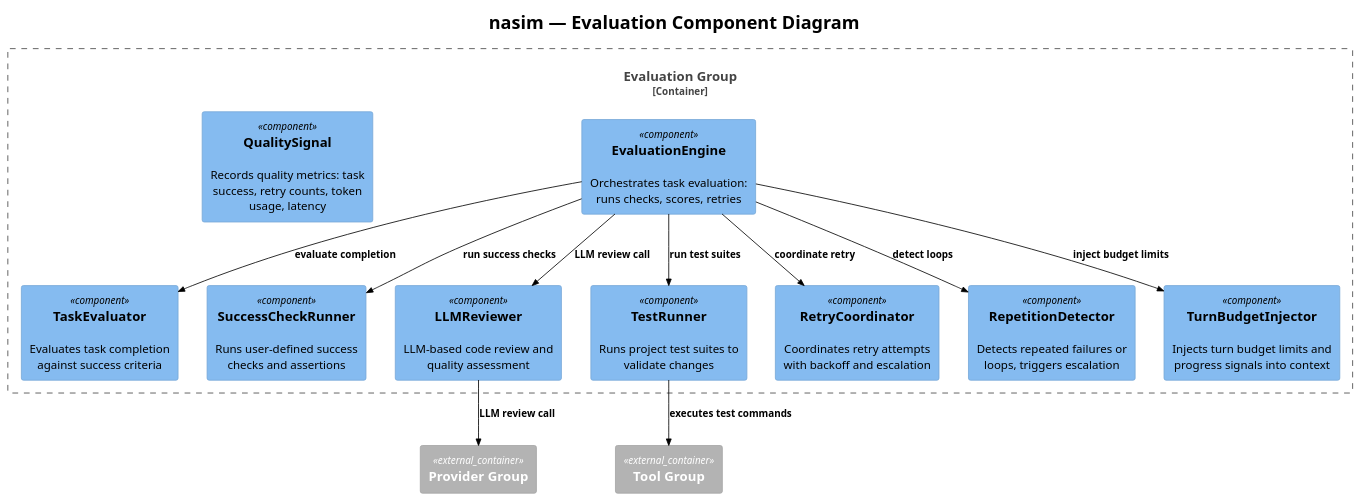
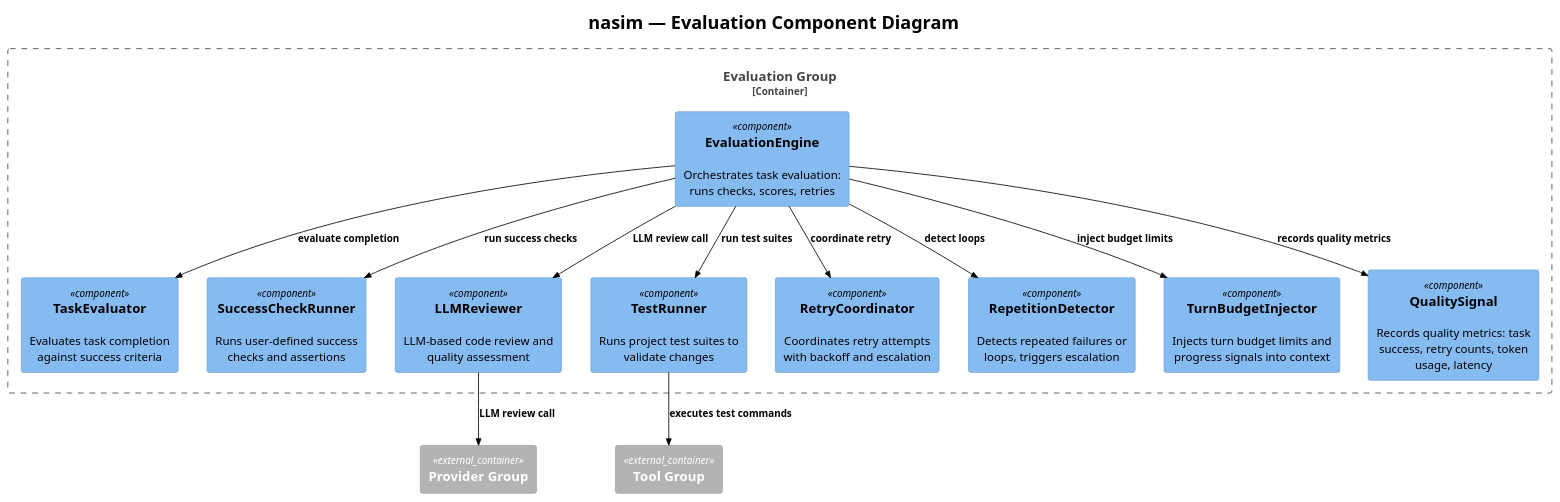
One commit to salimnamvar/nasim changed the diagram in docs/C4/c4_nasim_component_evaluation.puml. Above: the diagram before and after it, drawn with PlantUML. The commit also changed 4 other files, not shown here.

Commit message:
docs: Enhance component diagrams with additional relationships and metrics tracking

```diff
--- a/docs/C4/c4_nasim_component_evaluation.puml
+++ b/docs/C4/c4_nasim_component_evaluation.puml
@@ -1,43 +1,44 @@
 @startuml c4_nasim_component_evaluation
 !include https://raw.githubusercontent.com/plantuml-stdlib/C4-PlantUML/v2.10.0/C4_Component.puml
 !theme plain
 
 
 ' ============================================================
 ' Title:     nasim — Evaluation Component Diagram
 ' Boundary:  nasim core library — Evaluation group
 ' Purpose:   Task evaluation: success checks, LLM review, testing, retry coordination
 ' Milestone: v1.0
 ' Version:   6.0.0
 ' Source:    docs/audit/audit.2026.06.20.deep.domain.audit.md
 ' Review:    —
 ' ============================================================
 
 title nasim — Evaluation Component Diagram
 
 Container_Boundary(evaluation_boundary, "Evaluation Group") {
     Component(eval_engine, "EvaluationEngine", "", "Orchestrates task evaluation: runs checks, scores, retries")
     Component(task_evaluator, "TaskEvaluator", "", "Evaluates task completion against success criteria")
     Component(success_check_runner, "SuccessCheckRunner", "", "Runs user-defined success checks and assertions")
     Component(llm_reviewer, "LLMReviewer", "", "LLM-based code review and quality assessment")
     Component(test_runner, "TestRunner", "", "Runs project test suites to validate changes")
     Component(retry_coordinator, "RetryCoordinator", "", "Coordinates retry attempts with backoff and escalation")
     Component(repetition_detector, "RepetitionDetector", "", "Detects repeated failures or loops, triggers escalation")
     Component(turn_budget_injector, "TurnBudgetInjector", "", "Injects turn budget limits and progress signals into context")
     Component(quality_signal, "QualitySignal", "", "Records quality metrics: task success, retry counts, token usage, latency")
 }
 
 Container_Ext(provider_group, "Provider Group")
 Container_Ext(tool_group, "Tool Group")
 
 Rel(eval_engine, task_evaluator, "evaluate completion")
 Rel(eval_engine, success_check_runner, "run success checks")
 Rel(eval_engine, llm_reviewer, "LLM review call")
 Rel(eval_engine, test_runner, "run test suites")
 Rel(eval_engine, retry_coordinator, "coordinate retry")
 Rel(eval_engine, repetition_detector, "detect loops")
 Rel(eval_engine, turn_budget_injector, "inject budget limits")
+Rel(eval_engine, quality_signal, "records quality metrics")
 Rel(llm_reviewer, provider_group, "LLM review call")
 Rel(test_runner, tool_group, "executes test commands")
 
 @enduml
```
